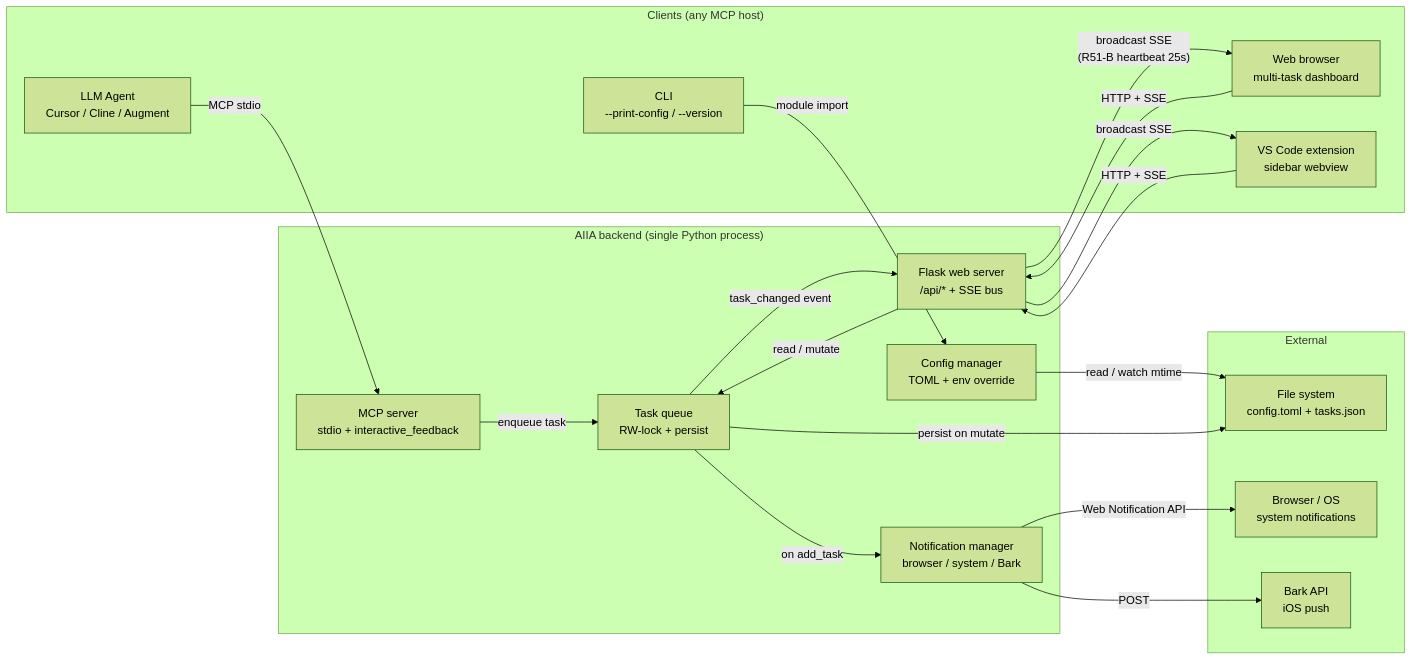
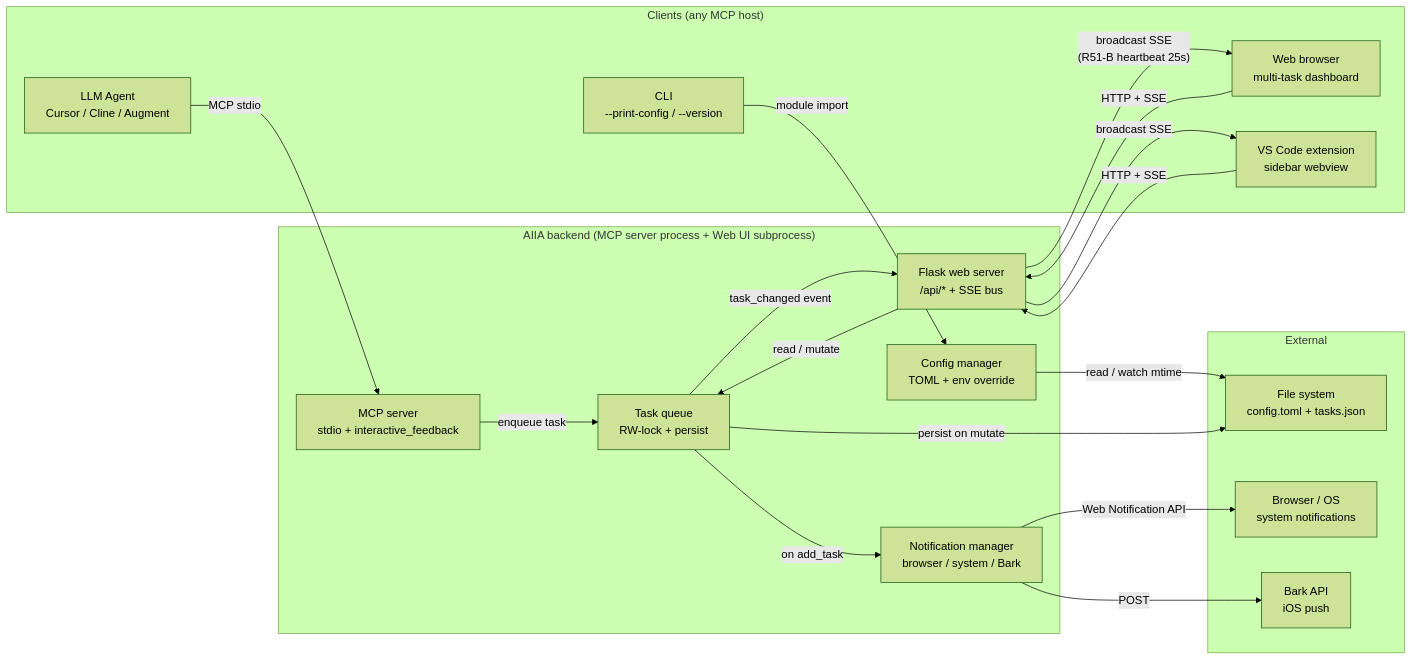
The first of 3 diagrams in docs/architecture.md (XIADENGMA/ai-intervention-agent), drawn with Mermaid (forest theme) before and after one commit. The commit also changed other lines of this file and 94 other files, not shown here.

````diff
--- a/docs/architecture.md
+++ b/docs/architecture.md
@@ -12,39 +12,39 @@
 ```mermaid
 graph LR
     subgraph Clients["Clients (any MCP host)"]
         A1[LLM Agent<br/>Cursor / Cline / Augment]
         A2[Web browser<br/>multi-task dashboard]
         A3[VS Code extension<br/>sidebar webview]
         A4[CLI<br/>--print-config / --version]
     end
 
-    subgraph Backend["AIIA backend (single Python process)"]
+    subgraph Backend["AIIA backend (MCP server process + Web UI subprocess)"]
         B1[MCP server<br/>stdio + interactive_feedback]
         B2[Flask web server<br/>/api/* + SSE bus]
         B3[Task queue<br/>RW-lock + persist]
         B4[Notification manager<br/>browser / system / Bark]
         B5[Config manager<br/>TOML + env override]
     end
 
     subgraph External["External"]
         E1[File system<br/>config.toml + tasks.json]
         E2[Browser / OS<br/>system notifications]
         E3[Bark API<br/>iOS push]
     end
 
     A1 -- MCP stdio --> B1
     A2 -- HTTP + SSE --> B2
     A3 -- HTTP + SSE --> B2
     A4 -- module import --> B5
 
     B1 -- enqueue task --> B3
     B2 -- read / mutate --> B3
     B3 -- task_changed event --> B2
     B2 -- "broadcast SSE<br/>(R51-B heartbeat 25s)" --> A2
     B2 -- broadcast SSE --> A3
     B3 -- on add_task --> B4
     B4 -- "Web Notification API" --> E2
     B4 -- POST --> E3
     B5 -- read / watch mtime --> E1
     B3 -- persist on mutate --> E1
 ```
````
